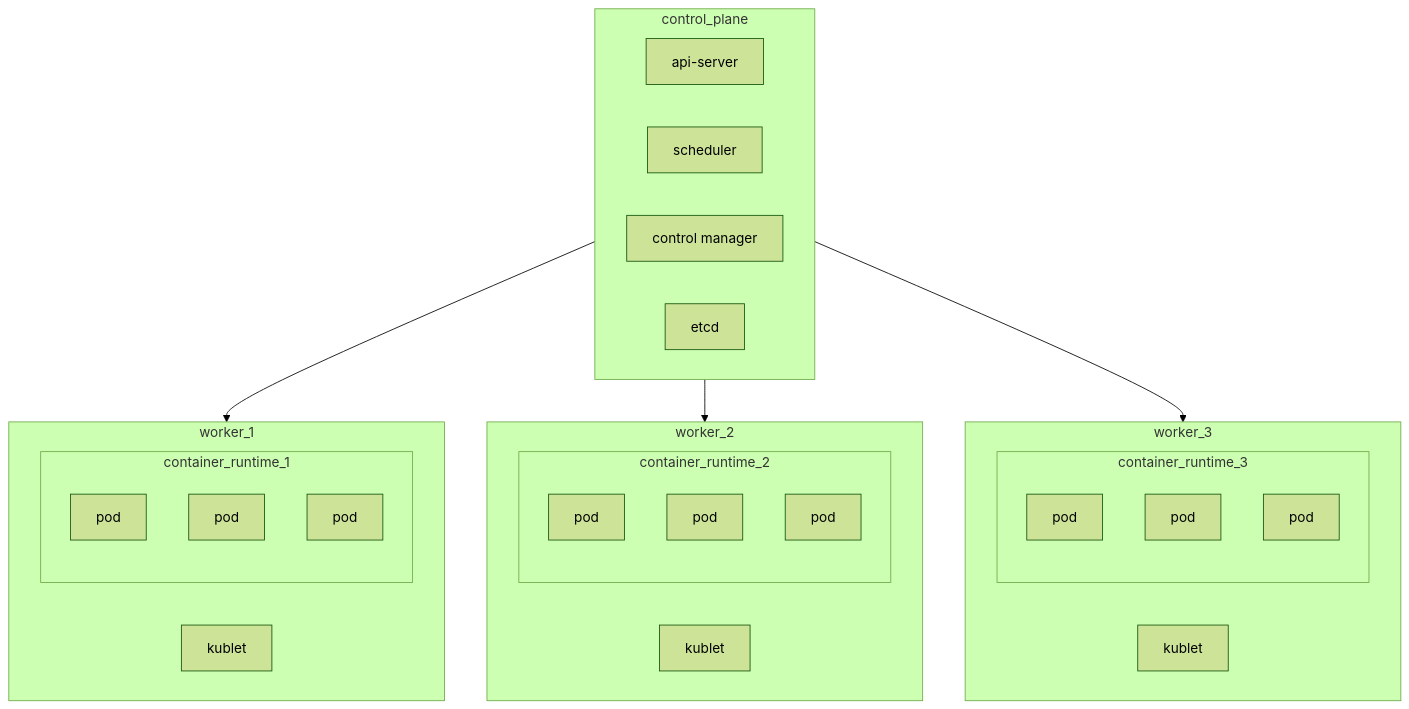
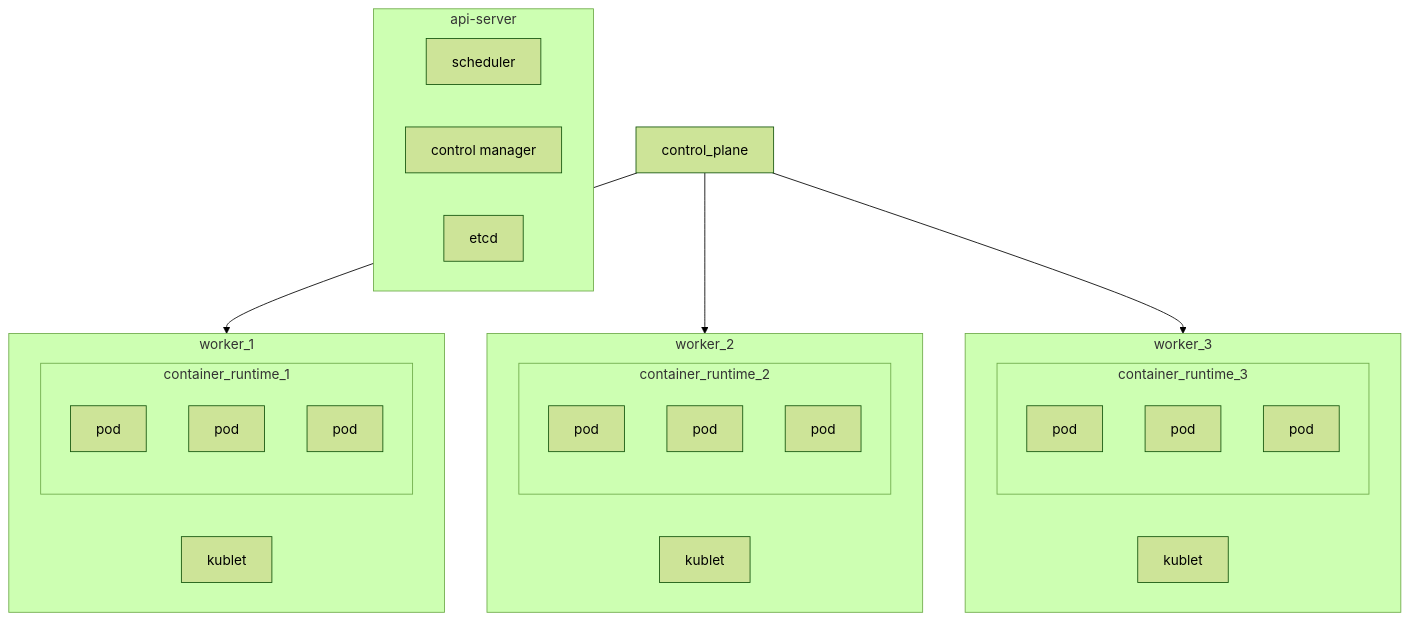
Before and after one commit to carnivuth/carnivuth: the first of 2 diagrams in content/technologies/kubernetes/index.md, drawn with Mermaid (forest theme). The commit also changed other lines of this file, not shown here.

Commit message:
added notes on controllers

````diff
--- a/content/technologies/kubernetes/index.md
+++ b/content/technologies/kubernetes/index.md
@@ -26,34 +26,33 @@
 ```mermaid
 flowchart TD
-subgraph control_plane
-A[api-server]
+subgraph control_planthat runs action until a given job is concluded. Controllers does not run actions by themselves but relies on the api A[api-server]
 B[scheduler]
 C[control manager]
 D[etcd]
 end
 subgraph worker_1
 E[kublet]
 subgraph container_runtime_1
 F[pod]
 G[pod]
 H[pod]
 end
 end
 subgraph worker_2
 I[kublet]
 subgraph container_runtime_2
 J[pod]
 K[pod]
 L[pod]
 end
 end
 subgraph worker_3
 M[kublet]
 subgraph container_runtime_3
 N[pod]
 O[pod]
 P[pod]
 end
 end
 control_plane --> worker_1 & worker_2 & worker_3
 ```
````
